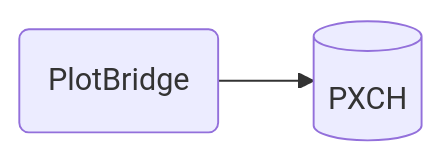
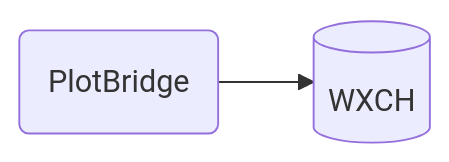
One commit to plot-network/plotbridge-website changed the first of 4 diagrams in content/tokens.md. Above: the diagram before and after it, drawn with Mermaid. The commit also changed other lines of this file and 25 other files, not shown here.

```diff
--- a/content/tokens.md
+++ b/content/tokens.md
@@ -25,4 +25,4 @@
 {{< mermaid >}}
 graph LR;
-PB(PlotBridge) --> PC[(PXCH)]
+PB(PlotBridge) --> PC[(WXCH)]
 {{</mermaid>}}
```
